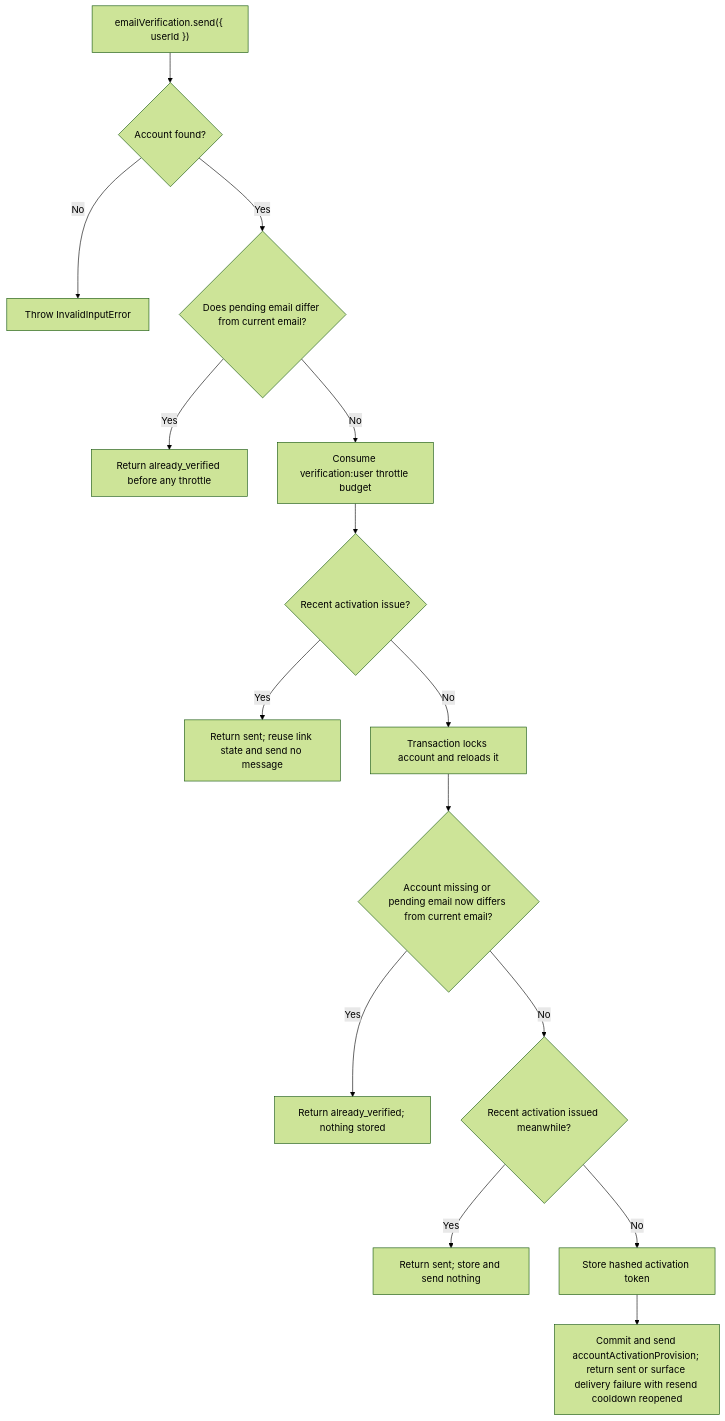
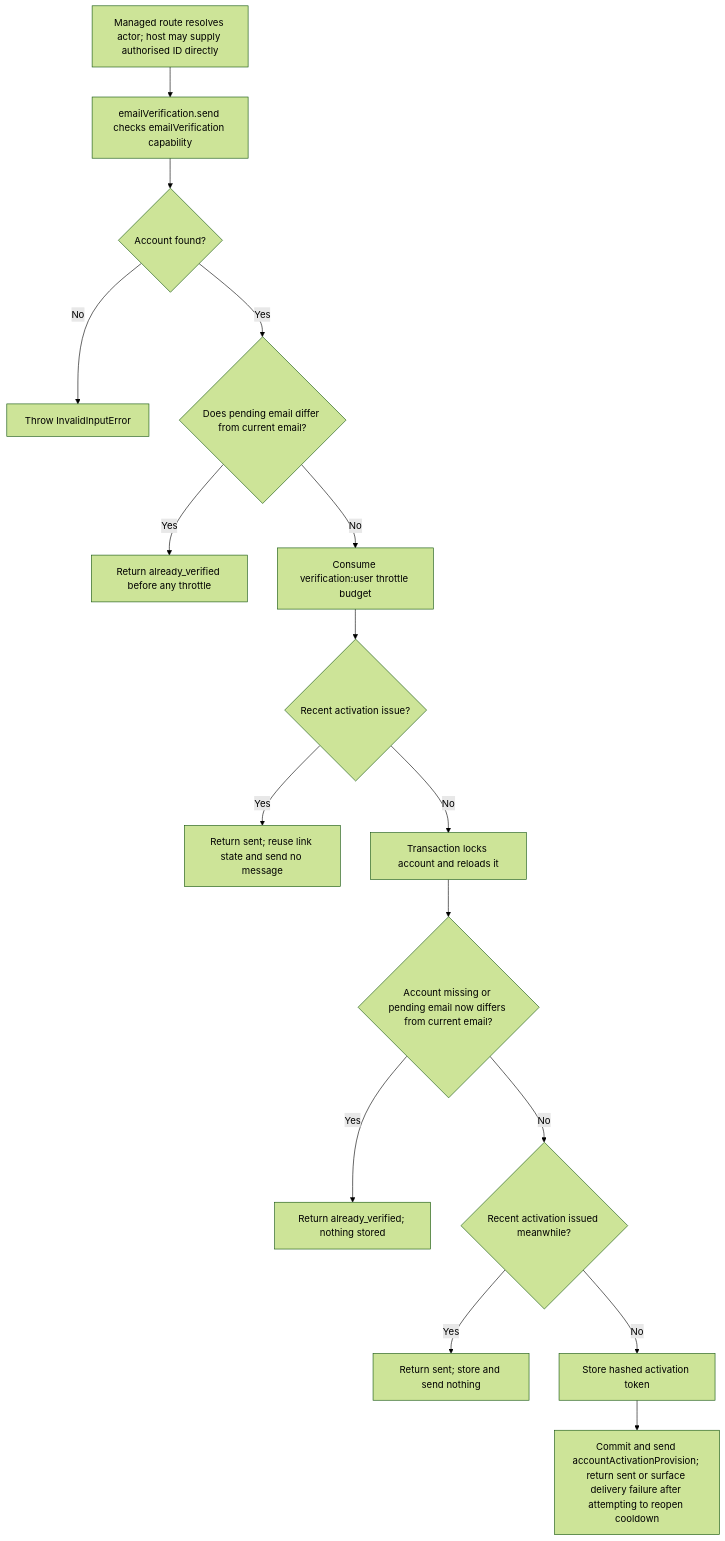
The second of 2 diagrams in user-stories/US-ACCOUNT-37-resend-verification.md (Kevinjohn/oss-adonisjs-account-kit), drawn with Mermaid (forest theme) before and after one commit. The commit also changed other lines of this file and 70 other files, not shown here.

Commit message:
Refresh the Account Kit user story catalogue for 0.6.0

````diff
--- a/user-stories/US-ACCOUNT-37-resend-verification.md
+++ b/user-stories/US-ACCOUNT-37-resend-verification.md
@@ -32,17 +33,18 @@
 ```mermaid
 flowchart TD
- A["emailVerification.send({ userId })"] --> B{"Account found?"}
+ M["Managed route resolves actor; host may supply authorised ID directly"] --> A["emailVerification.send checks emailVerification capability"]
+ A --> B{"Account found?"}
  B -->|No| X["Throw InvalidInputError"]
  B -->|Yes| C{"Does pending email differ from current email?"}
  C -->|Yes| D["Return already_verified before any throttle"]
  C -->|No| T["Consume verification:user throttle budget"]
  T --> R{"Recent activation issue?"}
  R -->|Yes| E["Return sent; reuse link state and send no message"]
  R -->|No| F["Transaction locks account and reloads it"]
  F --> F1{"Account missing or pending email now differs from current email?"}
  F1 -->|Yes| D2["Return already_verified; nothing stored"]
  F1 -->|No| F2{"Recent activation issued meanwhile?"}
  F2 -->|Yes| E2["Return sent; store and send nothing"]
  F2 -->|No| F3["Store hashed activation token"]
- F3 --> G["Commit and send accountActivationProvision; return sent or surface delivery failure with resend cooldown reopened"]
+ F3 --> G["Commit and send accountActivationProvision; return sent or surface delivery failure after attempting to reopen cooldown"]
 ```
````
